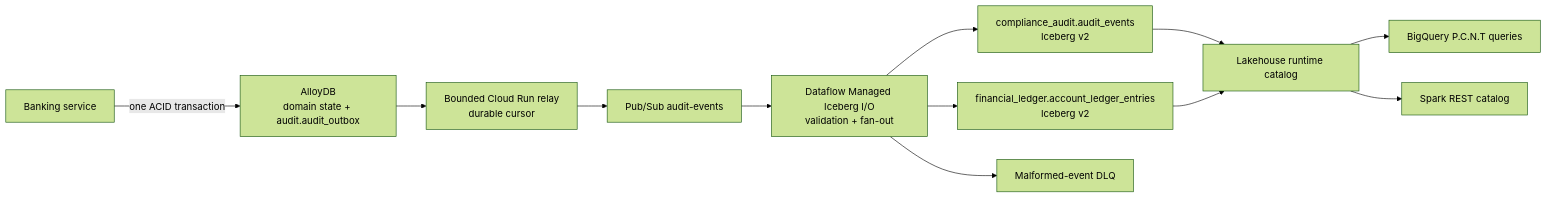
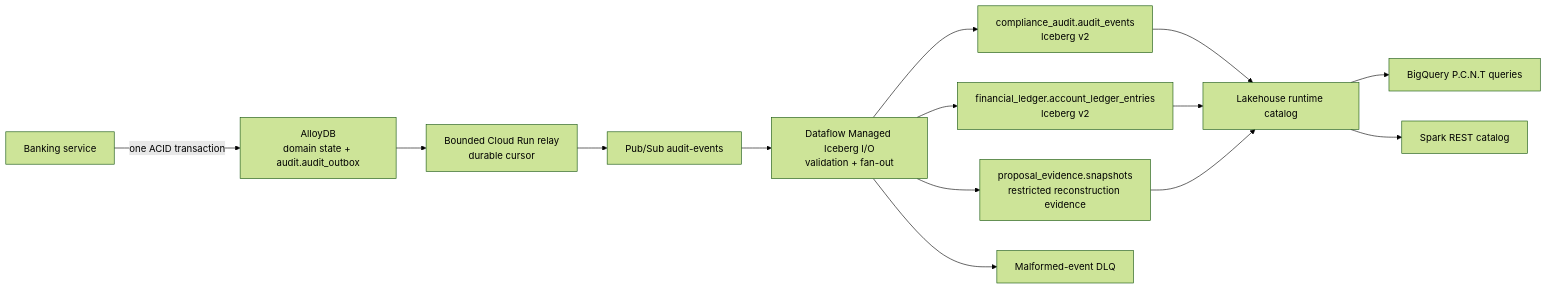
One commit to GoogleCloudPlatform/fsi-gecx-bundle changed the diagram in docs/architecture/data-platform/bigquery_olap_audit_architecture.md. Above: the diagram before and after it, drawn with Mermaid (forest theme). The commit also changed other lines of this file and 40 other files, not shown here.

Commit message:
feat: archive governed proposal decisions and evidence

````diff
--- a/docs/architecture/data-platform/bigquery_olap_audit_architecture.md
+++ b/docs/architecture/data-platform/bigquery_olap_audit_architecture.md
@@ -11,14 +11,16 @@
 ```mermaid
 flowchart LR
     App["Banking service"] -->|"one ACID transaction"| Alloy["AlloyDB<br/>domain state + audit.audit_outbox"]
     Alloy --> Relay["Bounded Cloud Run relay<br/>durable cursor"]
     Relay --> Topic["Pub/Sub audit-events"]
     Topic --> Dataflow["Dataflow Managed Iceberg I/O<br/>validation + fan-out"]
     Dataflow --> Raw["compliance_audit.audit_events<br/>Iceberg v2"]
     Dataflow --> Ledger["financial_ledger.account_ledger_entries<br/>Iceberg v2"]
+    Dataflow --> Evidence["proposal_evidence.snapshots<br/>restricted reconstruction evidence"]
     Dataflow --> DLQ["Malformed-event DLQ"]
     Raw --> Catalog["Lakehouse runtime catalog"]
     Ledger --> Catalog
+    Evidence --> Catalog
     Catalog --> BQ["BigQuery P.C.N.T queries"]
     Catalog --> Spark["Spark REST catalog"]
 ```
````
